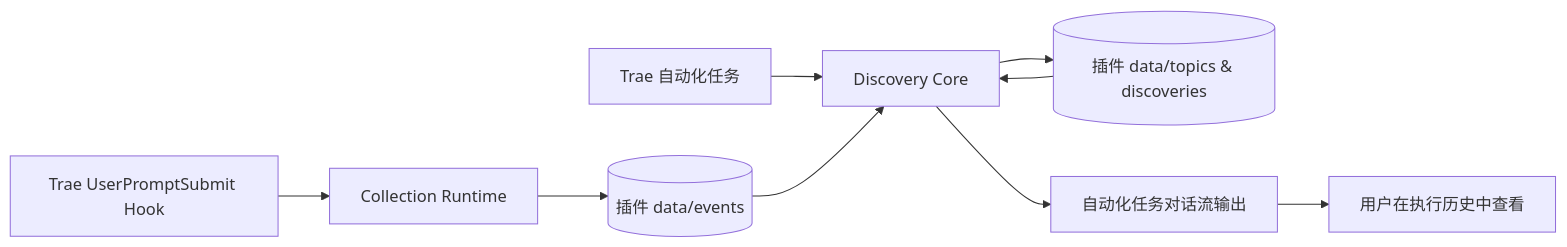
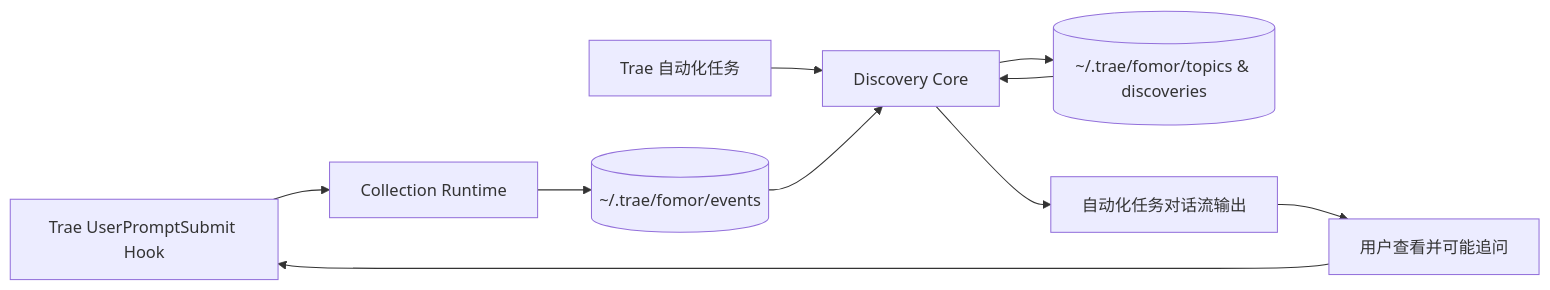
One commit to LYJ132/Fomor changed the third of 3 diagrams in docs/PRD.md. Above: the diagram before and after it, drawn with Mermaid. The commit also changed other lines of this file and 2 other files, not shown here.

````diff
--- a/docs/PRD.md
+++ b/docs/PRD.md
@@ -861,11 +938,12 @@
 ```mermaid
 flowchart LR
     A[Trae UserPromptSubmit Hook] --> B[Collection Runtime]
-    B --> C[(插件 data/events)]
+    B --> C[(~/.trae/fomor/events)]
     D[Trae 自动化任务] --> E[Discovery Core]
     C --> E
-    F[(插件 data/topics & discoveries)] --> E
+    F[(~/.trae/fomor/topics & discoveries)] --> E
     E --> F
     E --> G[自动化任务对话流输出]
-    G --> H[用户在执行历史中查看]
+    G --> H[用户查看并可能追问]
+    H --> A
 ```
````
